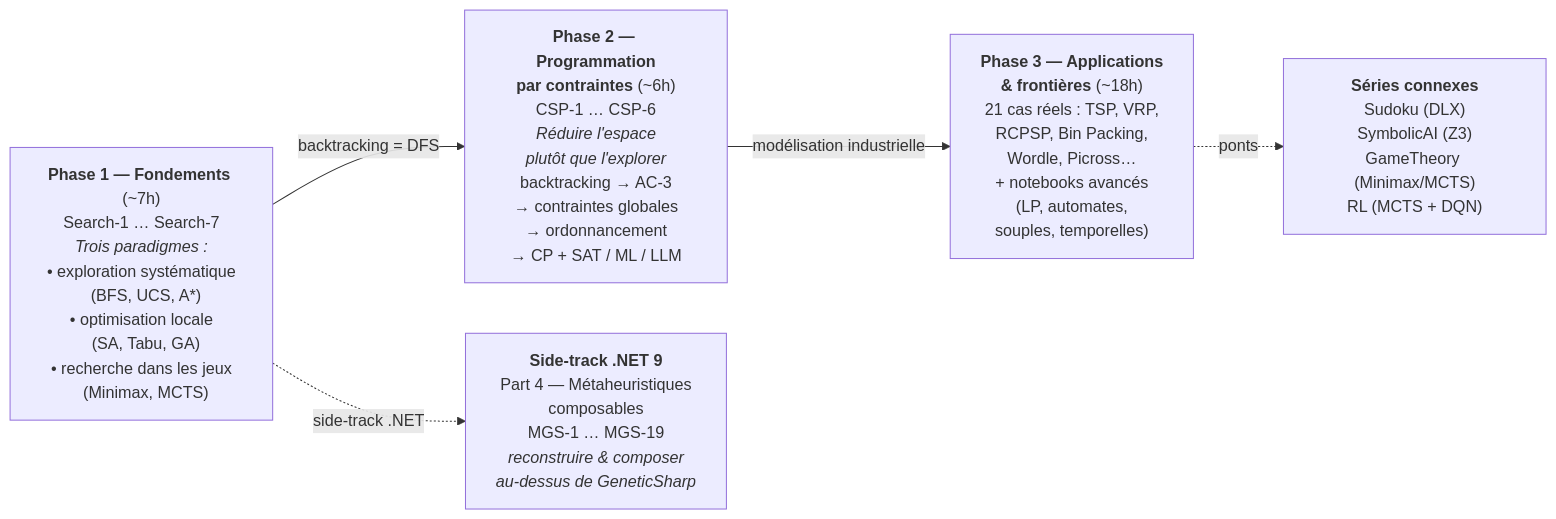
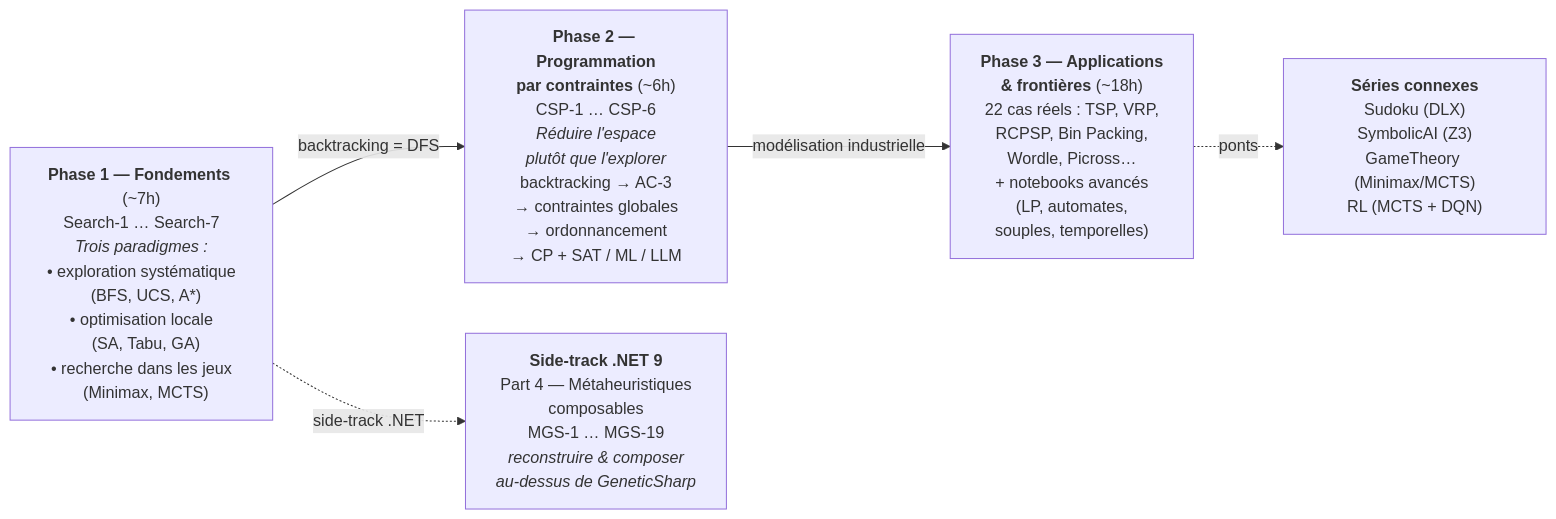
Before and after one commit to jsboige/CoursIA: the first of 2 diagrams in MyIA.AI.Notebooks/Search/README.md, drawn with Mermaid.

Commit message:
docs(search): fix stale Mermaid count in Phase 3 node (21->22 cas reels)
§E feuille audit (#3975) - whole-file reconciliation disk <-> prose <-> catalog:
- Mermaid P3 node said "21 cas reels" while sibling prose (l.14, l.63) and
  CATALOG-STATUS (Applications=22) and disk (Applications/ = 22 .ipynb) all say 22.
- Disk truth: Applications/Search=2, CSP=13, Hybrid=7 -> 22 notebooks.
- Fixed 21 -> 22 to align the Mermaid node with prose + disk + catalog.

Whole-file audit result: README otherwise accurate (Part1=18, Part2=18,
Part3=5, Part4=19, total=82 all match disk + catalog; structure tree l.475-535
complete; cross-series links resolve; P1/P2/P4 Mermaid nodes carry no stale
counts). The single drift was the P3 Mermaid count.

Markdown-only edit (Mermaid node). CATALOG-STATUS marker left byte-identical
(catalog-pr-hygiene R1). See #3975.

````diff
--- a/MyIA.AI.Notebooks/Search/README.md
+++ b/MyIA.AI.Notebooks/Search/README.md
@@ -65,12 +65,12 @@
 ```mermaid
 flowchart LR
     P1["<b>Phase 1 — Fondements</b> (~7h)<br/>Search-1 … Search-7<br/><i>Trois paradigmes :</i><br/>• exploration systématique<br/>&nbsp;&nbsp;(BFS, UCS, A*)<br/>• optimisation locale<br/>&nbsp;&nbsp;(SA, Tabu, GA)<br/>• recherche dans les jeux<br/>&nbsp;&nbsp;(Minimax, MCTS)"]
     P2["<b>Phase 2 — Programmation<br/>par contraintes</b> (~6h)<br/>CSP-1 … CSP-6<br/><i>Réduire l'espace<br/>plutôt que l'explorer</i><br/>backtracking → AC-3<br/>→ contraintes globales<br/>→ ordonnancement<br/>→ CP + SAT / ML / LLM"]
-    P3["<b>Phase 3 — Applications<br/>&amp; frontières</b> (~18h)<br/>21 cas réels : TSP, VRP,<br/>RCPSP, Bin Packing,<br/>Wordle, Picross…<br/>+ notebooks avancés<br/>(LP, automates,<br/>souples, temporelles)"]
+    P3["<b>Phase 3 — Applications<br/>&amp; frontières</b> (~18h)<br/>22 cas réels : TSP, VRP,<br/>RCPSP, Bin Packing,<br/>Wordle, Picross…<br/>+ notebooks avancés<br/>(LP, automates,<br/>souples, temporelles)"]
     BR["<b>Séries connexes</b><br/>Sudoku (DLX)<br/>SymbolicAI (Z3)<br/>GameTheory (Minimax/MCTS)<br/>RL (MCTS + DQN)"]
     P4["<b>Side-track .NET 9</b><br/>Part 4 — Métaheuristiques<br/>composables<br/>MGS-1 … MGS-19<br/><i>reconstruire &amp; composer<br/>au-dessus de GeneticSharp</i>"]
     P1 -->|"backtracking = DFS"| P2
     P2 -->|"modélisation industrielle"| P3
     P3 -.->|"ponts"| BR
     P1 -.->|"side-track .NET"| P4
 ```
````
